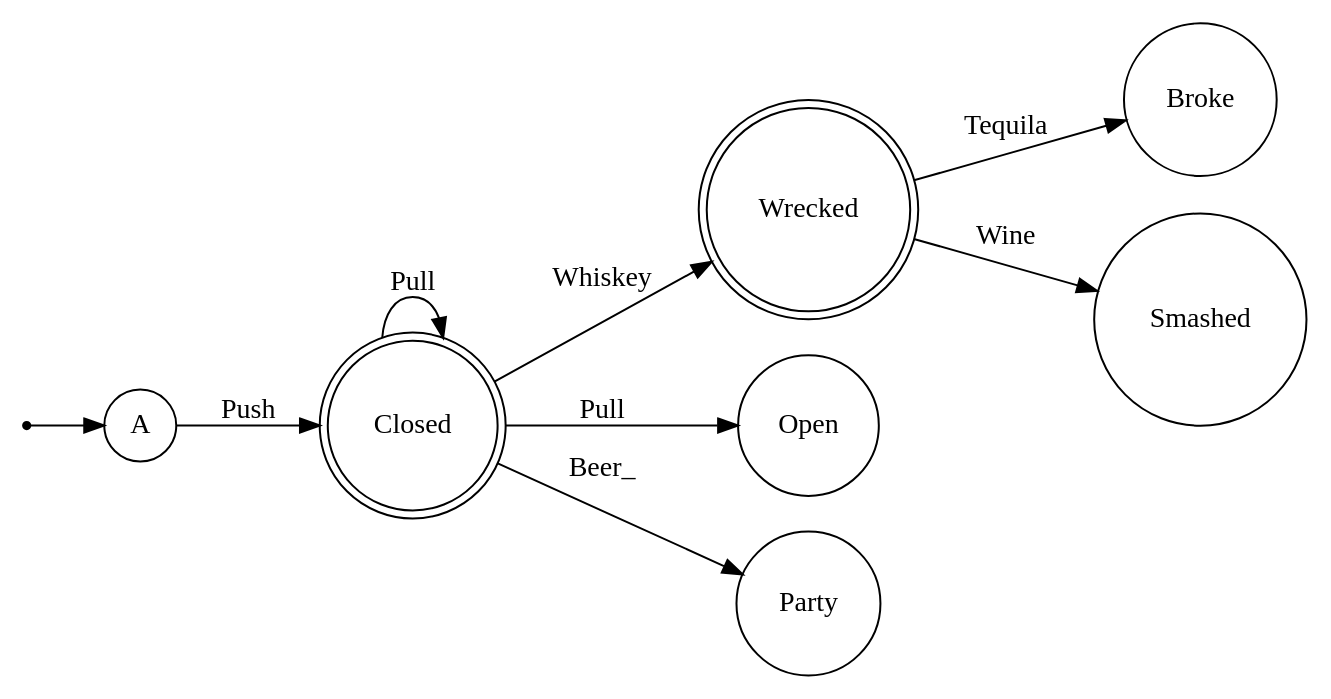
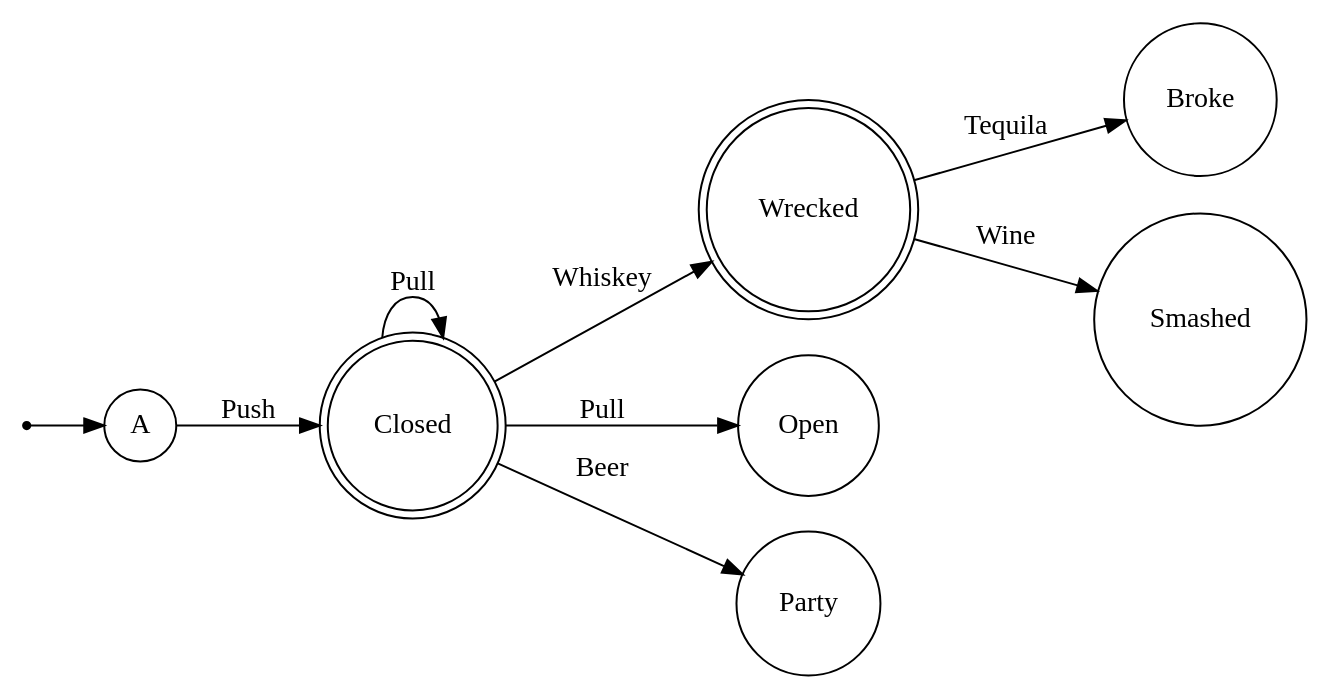
Before and after one commit to P4-Group2-Compiler/P4-State-Lang: the diagram in bin/graph.gv, drawn with Graphviz. The commit also changed 4 other files, not shown here.

```diff
--- a/bin/graph.gv
+++ b/bin/graph.gv
@@ -1,1 +1,1 @@
-digraph { rankdir = LR; node [shape = circle;]; null [shape = point;];null -> A;Wrecked [shape = doublecircle;];Closed [shape = doublecircle;];A -> Closed [label="Push"];Closed -> Open [label="Pull"];Closed -> Closed [label="Pull"];Closed -> Party [label="Beer_"];Closed -> Wrecked [label="Whiskey"];Wrecked -> Broke [label="Tequila"];Wrecked -> Smashed [label="Wine"];}
+digraph { rankdir = LR; node [shape = circle;]; null [shape = point;];null -> A;Wrecked [shape = doublecircle;];Closed [shape = doublecircle;];A -> Closed [label="Push"];Closed -> Open [label="Pull"];Closed -> Closed [label="Pull"];Closed -> Party [label="Beer"];Closed -> Wrecked [label="Whiskey"];Wrecked -> Broke [label="Tequila"];Wrecked -> Smashed [label="Wine"];}
```
